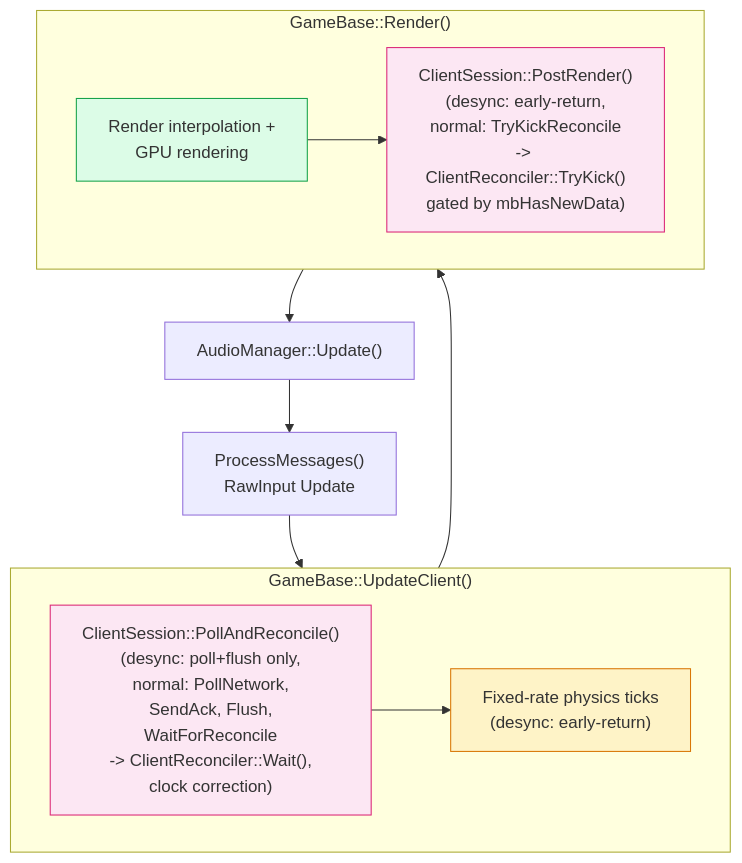
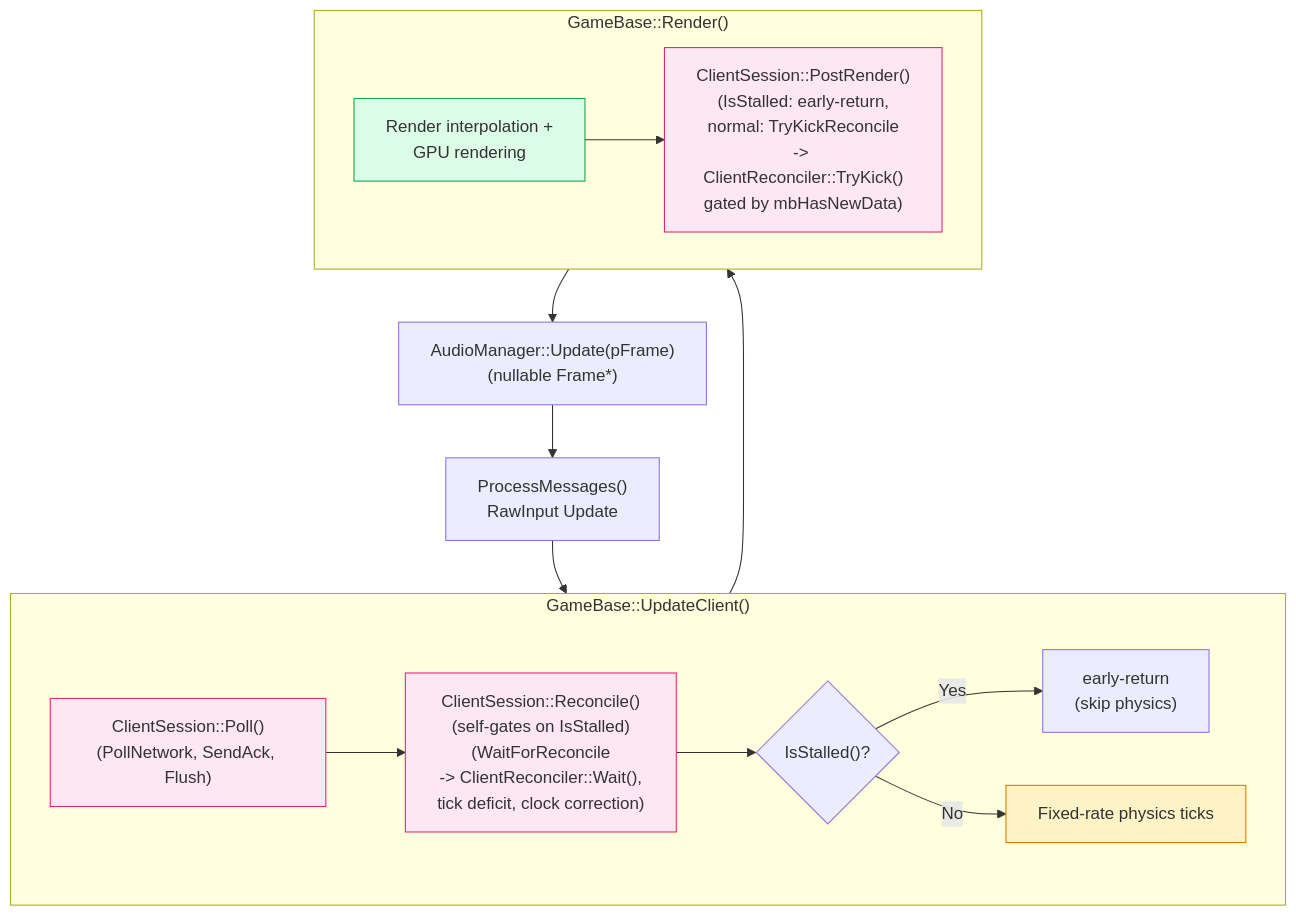
One commit to DougTanner/BrokenEnginePublic changed the fourth of 6 diagrams in Documents/Architecture/GameReconciliation.md. Above: the diagram before and after it, drawn with Mermaid. The commit also changed other lines of this file and 118 other files, not shown here.

````diff
--- a/Documents/Architecture/GameReconciliation.md
+++ b/Documents/Architecture/GameReconciliation.md
@@ -83,29 +123,36 @@
 ```mermaid
 %%{init: {'theme': 'default'}}%%
 flowchart TD
     classDef network fill:#dbeafe,stroke:#3b82f6
     classDef physics fill:#fef3c7,stroke:#d97706
     classDef render fill:#dcfce7,stroke:#16a34a
     classDef reconcile fill:#fce7f3,stroke:#db2777
 
     MSG["ProcessMessages()<br/>RawInput Update"] --> TICK_FRAMES
 
     subgraph TICK_FRAMES ["GameBase::UpdateClient()"]
-        POLL_RECONCILE["ClientSession::PollAndReconcile()<br/>(desync: poll+flush only,<br/>normal: PollNetwork,<br/>SendAck, Flush,<br/>WaitForReconcile<br/>-> ClientReconciler::Wait(),<br/>clock correction)"]:::reconcile
+        POLL["ClientSession::Poll()<br/>(PollNetwork, SendAck, Flush)"]:::reconcile
 
-        PHYSICS["Fixed-rate physics ticks<br/>(desync: early-return)"]:::physics
+        RECONCILE_STEP["ClientSession::Reconcile()<br/>(self-gates on IsStalled)<br/>(WaitForReconcile<br/>-> ClientReconciler::Wait(),<br/>tick deficit, clock correction)"]:::reconcile
+        POLL --> RECONCILE_STEP
 
-        POLL_RECONCILE --> PHYSICS
+        STALL_CHECK{"IsStalled()?"}
+        RECONCILE_STEP --> STALL_CHECK
+        STALL_CHECK -->|"Yes"| EARLY_RETURN["early-return<br/>(skip physics)"]
+
+        PHYSICS["Fixed-rate physics ticks"]:::physics
+
+        STALL_CHECK -->|"No"| PHYSICS
     end
 
     subgraph RENDER_METHOD ["GameBase::Render()"]
         RENDER["Render interpolation +<br/>GPU rendering"]:::render
-        POST_RENDER["ClientSession::PostRender()<br/>(desync: early-return,<br/>normal: TryKickReconcile<br/>-> ClientReconciler::TryKick()<br/>gated by mbHasNewData)"]:::reconcile
+        POST_RENDER["ClientSession::PostRender()<br/>(IsStalled: early-return,<br/>normal: TryKickReconcile<br/>-> ClientReconciler::TryKick()<br/>gated by mbHasNewData)"]:::reconcile
         RENDER --> POST_RENDER
     end
 
-    AUDIO["AudioManager::Update()"]
+    AUDIO["AudioManager::Update(pFrame)<br/>(nullable Frame*)"]
 
     TICK_FRAMES --> RENDER_METHOD --> AUDIO
     AUDIO --> MSG
 ```
````
